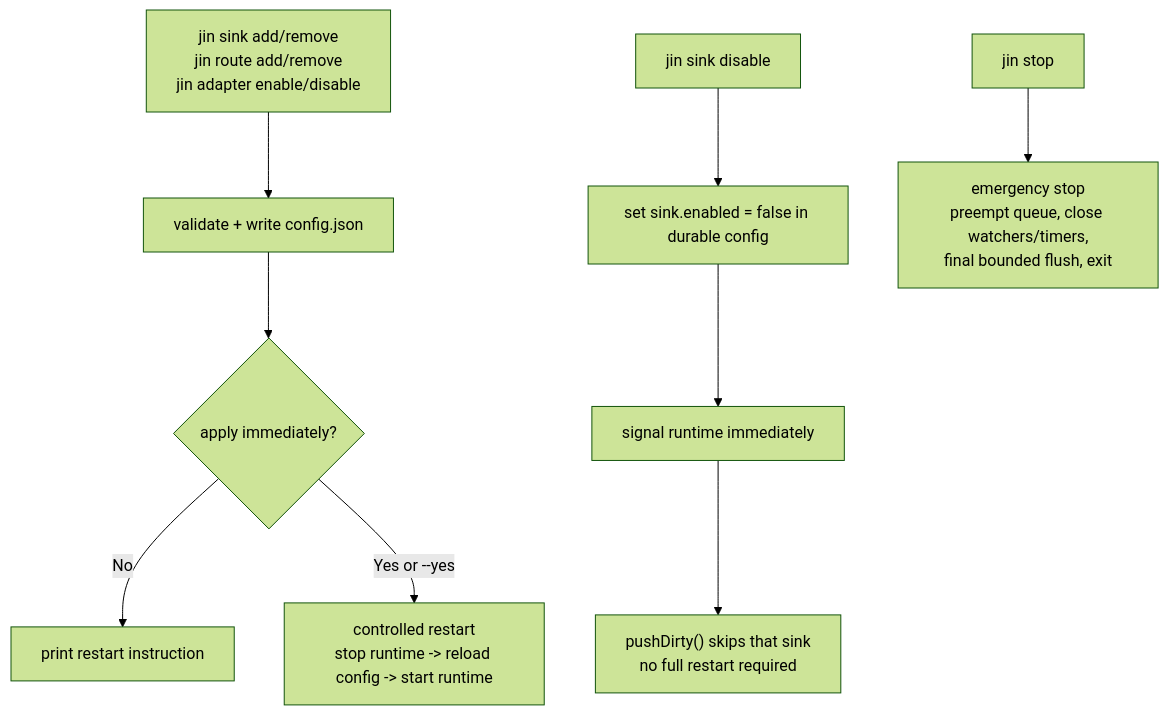
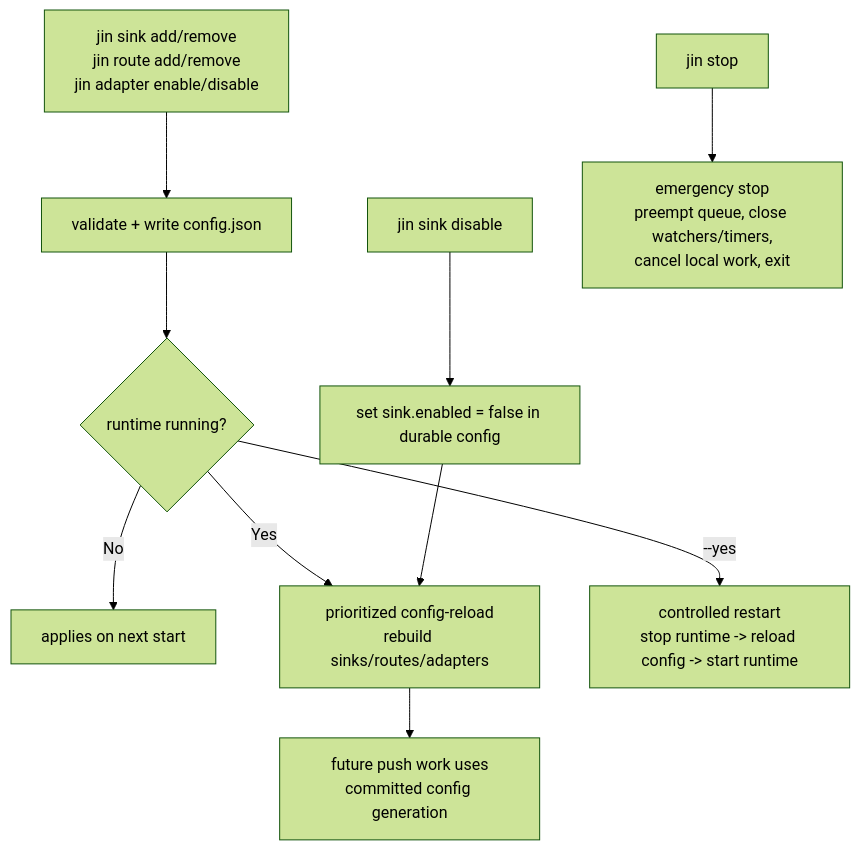
Before and after one commit to mendeleden/jin: the diagram in docs/blueprint/mermaid/bp-08-config-mutation-and-runtime-control.mmd, drawn with Mermaid (forest theme). The commit also changed 10 other files, not shown here.

Commit message:
feat: apply config reloads through pipeline

```diff
--- a/docs/blueprint/mermaid/bp-08-config-mutation-and-runtime-control.mmd
+++ b/docs/blueprint/mermaid/bp-08-config-mutation-and-runtime-control.mmd
@@ -1,14 +1,15 @@
 %% Source: docs/blueprint/BP-08-routing-and-config.md
 %% Diagram: Config Mutation and Runtime Control
 
 flowchart TD
     Mutate["jin sink add/remove<br/>jin route add/remove<br/>jin adapter enable/disable"] --> Validate["validate + write config.json"]
-    Validate --> RestartChoice{"apply immediately?"}
-    RestartChoice -->|No| Prompt["print restart instruction"]
-    RestartChoice -->|Yes or --yes| Restart["controlled restart<br/>stop runtime -> reload config -> start runtime"]
+    Validate --> Runtime{"runtime running?"}
+    Runtime -->|No| NextStart["applies on next start"]
+    Runtime -->|Yes| Reload["prioritized config-reload<br/>rebuild sinks/routes/adapters"]
+    Runtime -->|--yes| Restart["controlled restart<br/>stop runtime -> reload config -> start runtime"]
 
     Disable["jin sink disable <id>"] --> Durable["set sink.enabled = false in durable config"]
-    Durable --> Signal["signal runtime immediately"]
-    Signal --> Skip["pushDirty() skips that sink<br/>no full restart required"]
+    Durable --> Reload
+    Reload --> Apply["future push work uses<br/>committed config generation"]
 
-    Stop["jin stop"] --> Shutdown["emergency stop<br/>preempt queue, close watchers/timers,<br/>final bounded flush, exit"]
+    Stop["jin stop"] --> Shutdown["emergency stop<br/>preempt queue, close watchers/timers,<br/>cancel local work, exit"]
```
